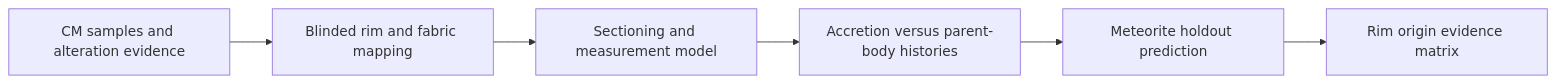
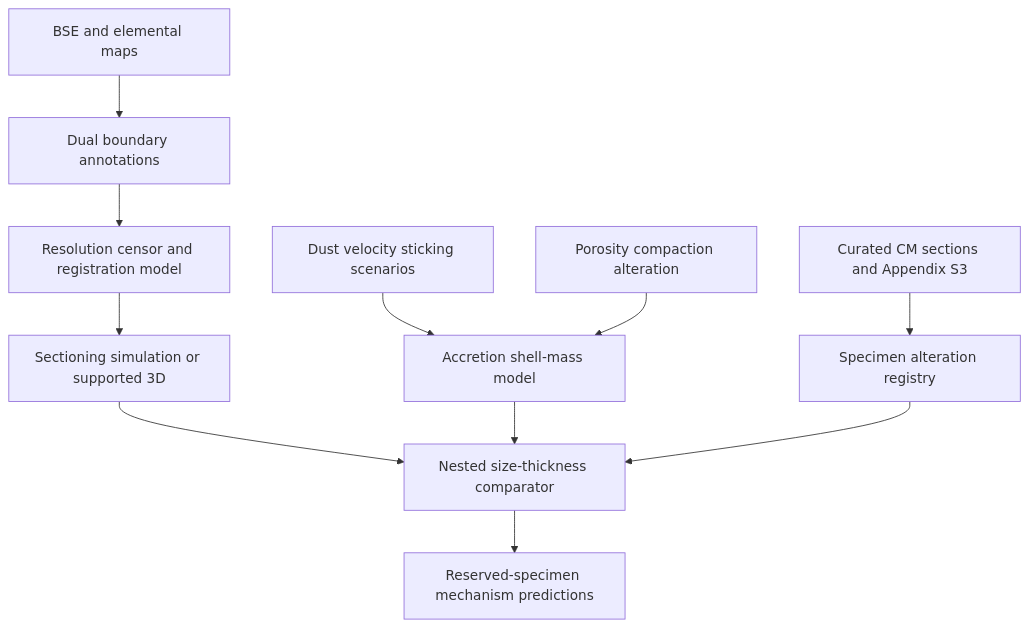
Before and after one commit to Personfu/engineering: the diagram in visuals/projects/H08.mmd, drawn with Mermaid. The commit also changed 816 other files, not shown here.

```diff
--- a/visuals/projects/H08.mmd
+++ b/visuals/projects/H08.mmd
@@ -1,6 +1,11 @@
-flowchart LR
- A[CM samples and alteration evidence] --> B[Blinded rim and fabric mapping]
- B --> C[Sectioning and measurement model]
- C --> D[Accretion versus parent-body histories]
- D --> E[Meteorite holdout prediction]
- E --> F[Rim origin evidence matrix]
+flowchart TB
+ A[Curated CM sections and Appendix S3] --> B[Specimen alteration registry]
+ C[BSE and elemental maps] --> D[Dual boundary annotations]
+ D --> E[Resolution censor and registration model]
+ E --> F[Sectioning simulation or supported 3D]
+ G[Dust velocity sticking scenarios] --> H[Accretion shell-mass model]
+ I[Porosity compaction alteration] --> H
+ F --> J[Nested size-thickness comparator]
+ H --> J
+ B --> J
+ J --> K[Reserved-specimen mechanism predictions]
```
